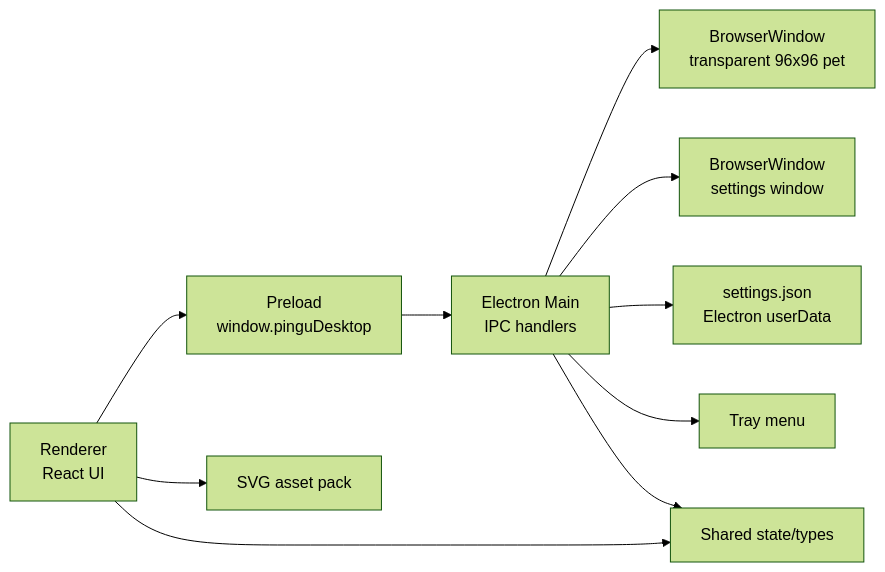
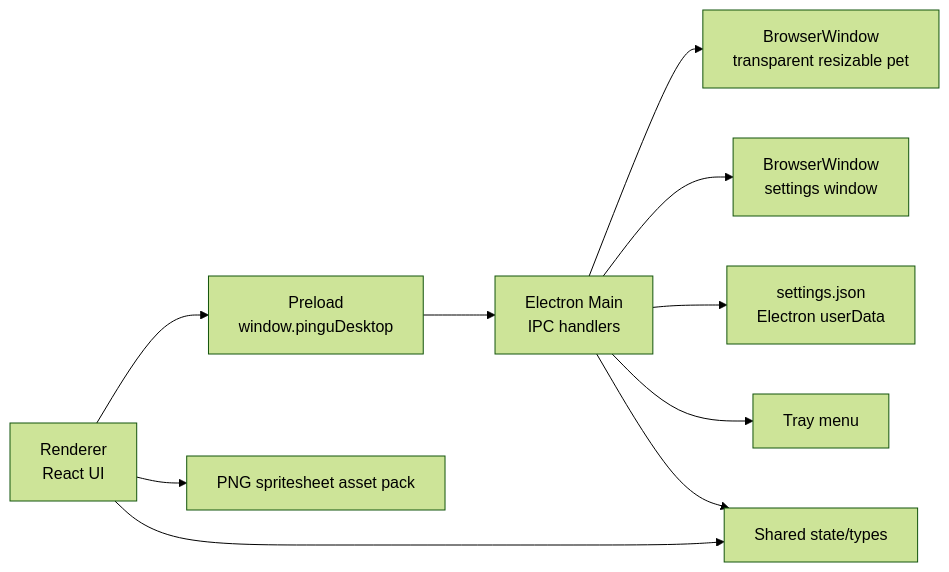
One commit to an-jiohh/tinypals changed the first of 3 diagrams in docs/architecture.md. Above: the diagram before and after it, drawn with Mermaid (forest theme). The commit also changed other lines of this file and 42 other files, not shown here.

````diff
--- a/docs/architecture.md
+++ b/docs/architecture.md
@@ -36,12 +36,12 @@
 ```mermaid
 flowchart LR
   Renderer["Renderer\nReact UI"] --> Preload["Preload\nwindow.pinguDesktop"]
   Preload --> Main["Electron Main\nIPC handlers"]
-  Main --> PetWindow["BrowserWindow\ntransparent 96x96 pet"]
+  Main --> PetWindow["BrowserWindow\ntransparent resizable pet"]
   Main --> SettingsWindow["BrowserWindow\nsettings window"]
   Main --> Store["settings.json\nElectron userData"]
   Main --> Tray["Tray menu"]
-  Renderer --> Assets["SVG asset pack"]
+  Renderer --> Assets["PNG spritesheet asset pack"]
   Renderer --> Shared["Shared state/types"]
   Main --> Shared
 ```
````
